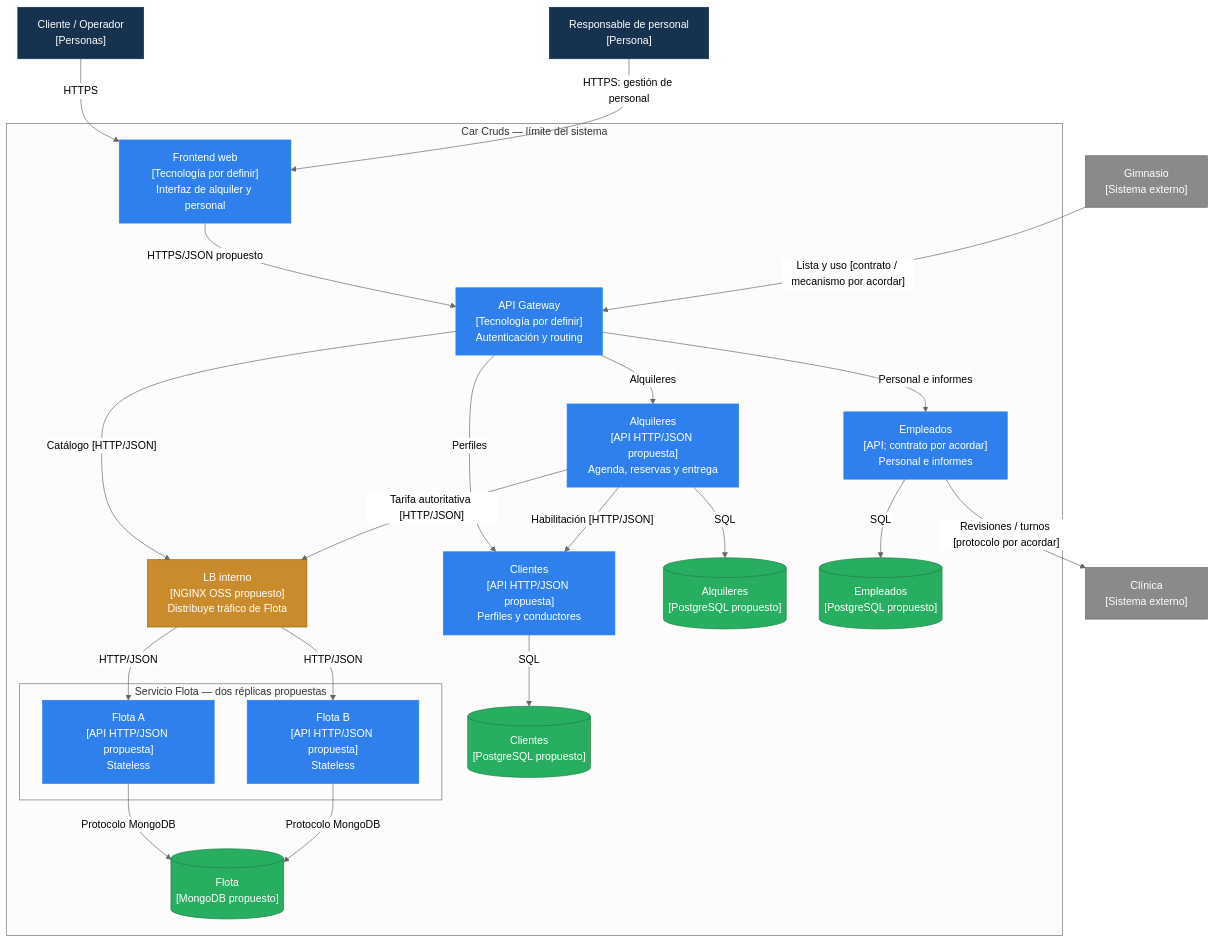
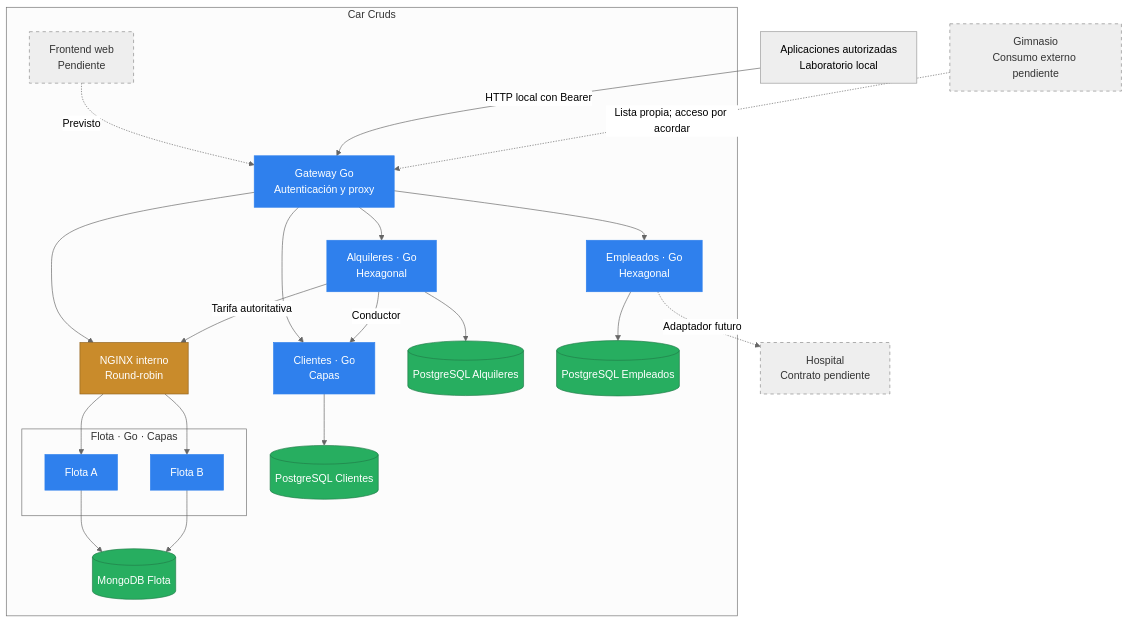
The second of 3 diagrams in docs/ARCHITECTURE.md (Gerpeirone/Car-Cruds), drawn with Mermaid (neutral theme) before and after one commit. The commit also changed other lines of this file and 41 other files, not shown here.

````diff
--- a/docs/ARCHITECTURE.md
+++ b/docs/ARCHITECTURE.md
@@ -63,52 +47,48 @@
 ```mermaid
 flowchart TB
-    Users["Cliente / Operador<br/>[Personas]"]
-    Personnel["Responsable de personal<br/>[Persona]"]
-    Gym["Gimnasio<br/>[Sistema externo]"]
-    Clinic["Clínica<br/>[Sistema externo]"]
-    subgraph System["Car Cruds — límite del sistema"]
-        Web["Frontend web<br/>[Tecnología por definir]<br/>Interfaz de alquiler y personal"]
-        GW["API Gateway<br/>[Tecnología por definir]<br/>Autenticación y routing"]
-        Customers["Clientes<br/>[API HTTP/JSON propuesta]<br/>Perfiles y conductores"]
-        Rentals["Alquileres<br/>[API HTTP/JSON propuesta]<br/>Agenda, reservas y entrega"]
-        Employees["Empleados<br/>[API; contrato por acordar]<br/>Personal e informes"]
-        LB["LB interno<br/>[NGINX OSS propuesto]<br/>Distribuye tráfico de Flota"]
-        subgraph FleetReplicas["Servicio Flota — dos réplicas propuestas"]
-            FleetA["Flota A<br/>[API HTTP/JSON propuesta]<br/>Stateless"]
-            FleetB["Flota B<br/>[API HTTP/JSON propuesta]<br/>Stateless"]
+    User["Aplicaciones autorizadas<br/>Laboratorio local"]
+    Gym["Gimnasio<br/>Consumo externo pendiente"]
+    Clinic["Hospital<br/>Contrato pendiente"]
+    subgraph System["Car Cruds"]
+        Web["Frontend web<br/>Pendiente"]
+        GW["Gateway Go<br/>Autenticación y proxy"]
+        Customers["Clientes · Go<br/>Capas"]
+        Rentals["Alquileres · Go<br/>Hexagonal"]
+        Employees["Empleados · Go<br/>Hexagonal"]
+        LB["NGINX interno<br/>Round-robin"]
+        subgraph Replicas["Flota · Go · Capas"]
+            A["Flota A"]
+            B["Flota B"]
         end
-        CDB[("Clientes<br/>[PostgreSQL propuesto]")]
-        RDB[("Alquileres<br/>[PostgreSQL propuesto]")]
-        EDB[("Empleados<br/>[PostgreSQL propuesto]")]
-        FDB[("Flota<br/>[MongoDB propuesto]")]
-        Web -->|"HTTPS/JSON propuesto"| GW
-        GW -->|"Perfiles"| Customers
-        GW -->|"Alquileres"| Rentals
-        GW -->|"Personal e informes"| Employees
-        GW -->|"Catálogo [HTTP/JSON]"| LB
-        Rentals -->|"Habilitación [HTTP/JSON]"| Customers
-        Rentals -->|"Tarifa autoritativa [HTTP/JSON]"| LB
-        LB -->|"HTTP/JSON"| FleetA
-        LB -->|"HTTP/JSON"| FleetB
-        Customers -->|"SQL"| CDB
-        Rentals -->|"SQL"| RDB
-        Employees -->|"SQL"| EDB
-        FleetA -->|"Protocolo MongoDB"| FDB
-        FleetB -->|"Protocolo MongoDB"| FDB
+        CDB[("PostgreSQL Clientes")]
+        RDB[("PostgreSQL Alquileres")]
+        EDB[("PostgreSQL Empleados")]
+        FDB[("MongoDB Flota")]
+
+        Web -.->|"Previsto"| GW
+        GW --> Customers
+        GW --> Rentals
+        GW --> Employees
+        GW --> LB
+        Rentals -->|"Conductor"| Customers
+        Rentals -->|"Tarifa autoritativa"| LB
+        LB --> A
+        LB --> B
+        Customers --> CDB
+        Rentals --> RDB
+        Employees --> EDB
+        A --> FDB
+        B --> FDB
     end
-    Users -->|"HTTPS"| Web
-    Personnel -->|"HTTPS: gestión de personal"| Web
-    Gym -->|"Lista y uso [contrato / mecanismo por acordar]"| GW
-    Employees -->|"Revisiones / turnos [protocolo por acordar]"| Clinic
-
-    classDef person fill:#16324f,color:#ffffff,stroke:#16324f;
-    classDef external fill:#8a8a8a,color:#ffffff,stroke:#606060;
-    classDef app fill:#2f80ed,color:#ffffff,stroke:#2f80ed;
-    classDef data fill:#27ae60,color:#ffffff,stroke:#207c48;
-    classDef support fill:#c98b2b,color:#ffffff,stroke:#91631e;
-    class Users,Personnel person;
-    class Gym,Clinic external;
-    class Web,GW,Customers,Rentals,Employees,FleetA,FleetB app;
+    User -->|"HTTP local con Bearer"| GW
+    Gym -.->|"Lista propia; acceso por acordar"| GW
+    Employees -.->|"Adaptador futuro"| Clinic
+    classDef app fill:#2f80ed,color:#fff,stroke:#2f80ed;
+    classDef data fill:#27ae60,color:#fff,stroke:#207c48;
+    classDef support fill:#c98b2b,color:#fff,stroke:#91631e;
+    classDef pending fill:#eee,color:#333,stroke:#888,stroke-dasharray:5 5;
+    class GW,Customers,Rentals,Employees,A,B app;
     class CDB,RDB,EDB,FDB data;
     class LB support;
+    class Web,Gym,Clinic pending;
 ```
````
